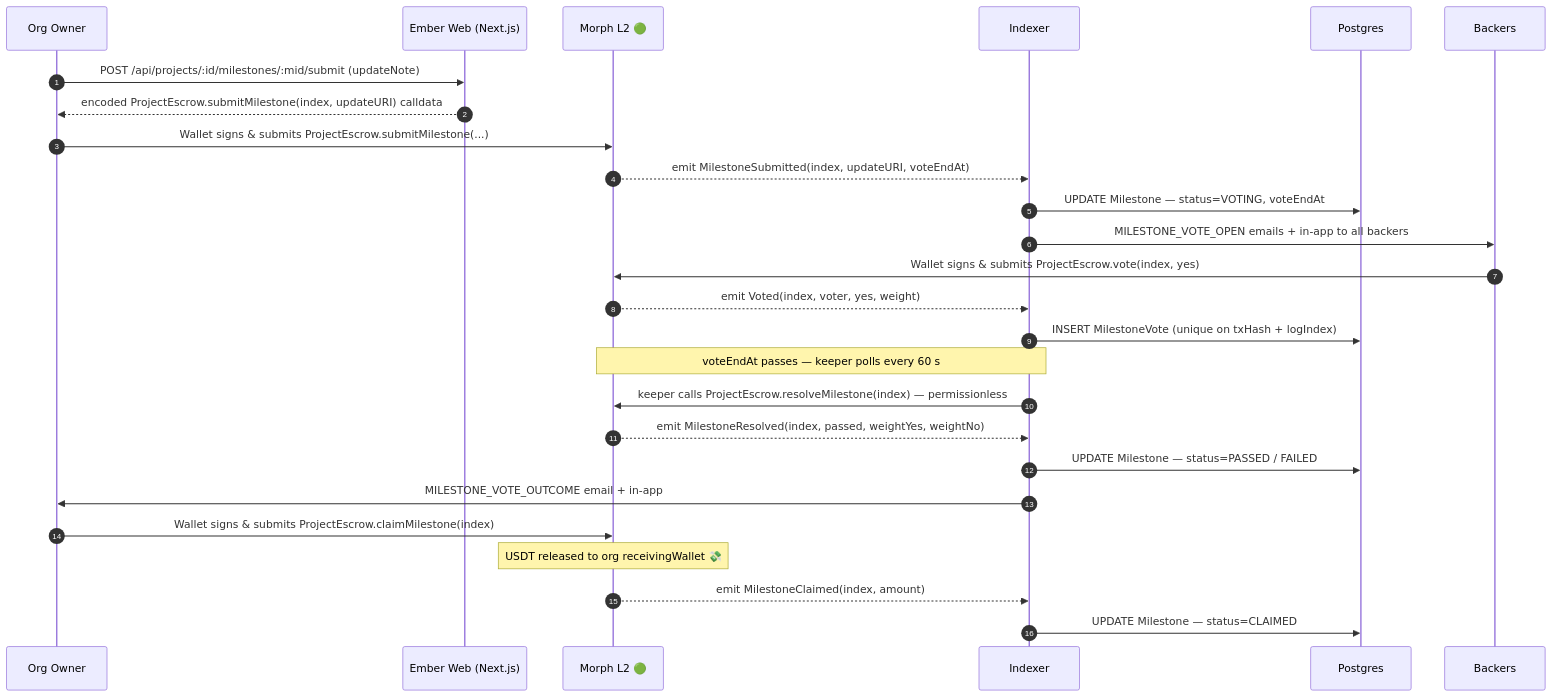
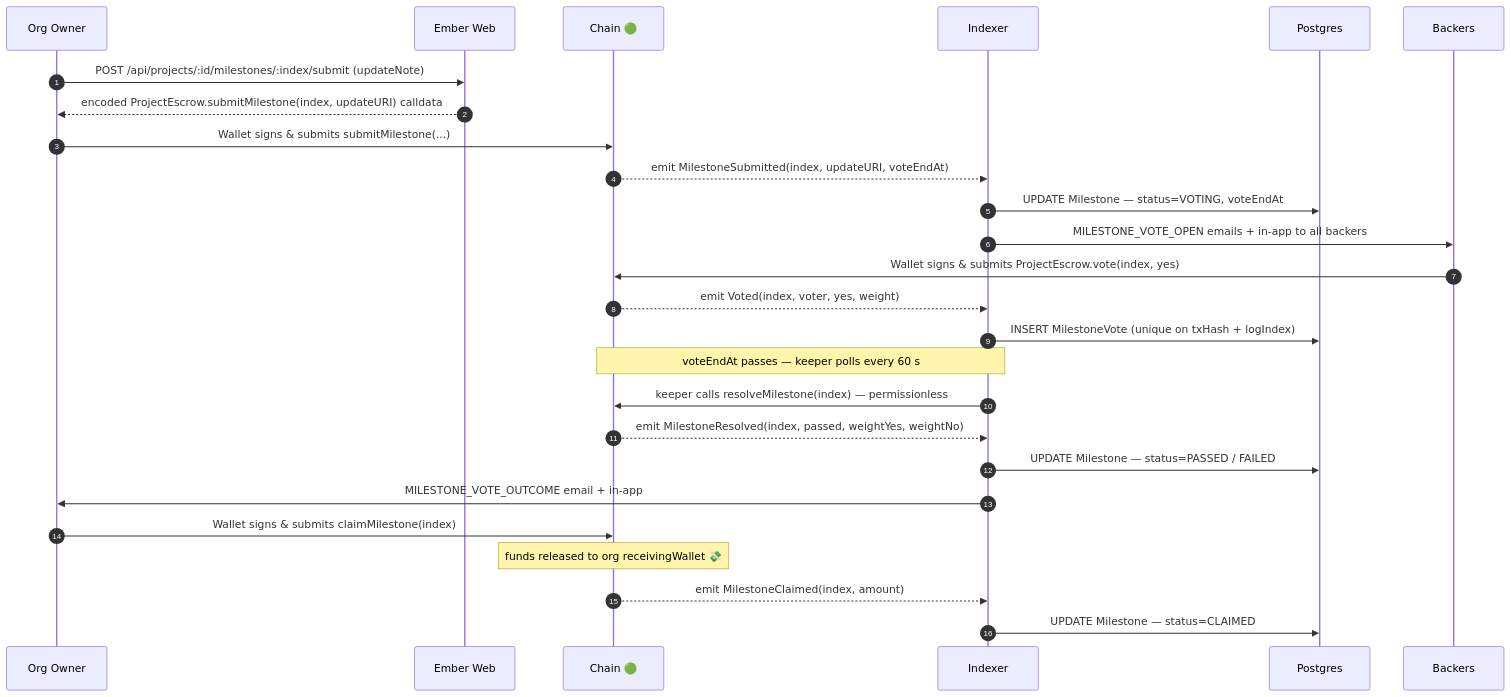
Before and after one commit to webnxt-2030/ember2: the fourth of 4 diagrams in README.md, drawn with Mermaid. The commit also changed other lines of this file, not shown here.

````diff
--- a/README.md
+++ b/README.md
@@ -135,32 +190,32 @@
 ```mermaid
 sequenceDiagram
     autonumber
     participant O  as Org Owner
-    participant UI as Ember Web (Next.js)
-    participant M  as Morph L2 🟢
+    participant UI as Ember Web
+    participant M  as Chain 🟢
     participant IX as Indexer
     participant DB as Postgres
     participant B  as Backers
 
-    O->>UI: POST /api/projects/:id/milestones/:mid/submit (updateNote)
+    O->>UI: POST /api/projects/:id/milestones/:index/submit (updateNote)
     UI-->>O: encoded ProjectEscrow.submitMilestone(index, updateURI) calldata
-    O->>M: Wallet signs & submits ProjectEscrow.submitMilestone(...)
+    O->>M: Wallet signs & submits submitMilestone(...)
     M-->>IX: emit MilestoneSubmitted(index, updateURI, voteEndAt)
     IX->>DB: UPDATE Milestone — status=VOTING, voteEndAt
     IX->>B: MILESTONE_VOTE_OPEN emails + in-app to all backers
 
     B->>M: Wallet signs & submits ProjectEscrow.vote(index, yes)
     M-->>IX: emit Voted(index, voter, yes, weight)
     IX->>DB: INSERT MilestoneVote (unique on txHash + logIndex)
 
     note over M,IX: voteEndAt passes — keeper polls every 60 s
-    IX->>M: keeper calls ProjectEscrow.resolveMilestone(index) — permissionless
+    IX->>M: keeper calls resolveMilestone(index) — permissionless
     M-->>IX: emit MilestoneResolved(index, passed, weightYes, weightNo)
     IX->>DB: UPDATE Milestone — status=PASSED / FAILED
     IX->>O: MILESTONE_VOTE_OUTCOME email + in-app
 
-    O->>M: Wallet signs & submits ProjectEscrow.claimMilestone(index)
-    note over M: USDT released to org receivingWallet 💸
+    O->>M: Wallet signs & submits claimMilestone(index)
+    note over M: funds released to org receivingWallet 💸
     M-->>IX: emit MilestoneClaimed(index, amount)
     IX->>DB: UPDATE Milestone — status=CLAIMED
 ```
````
